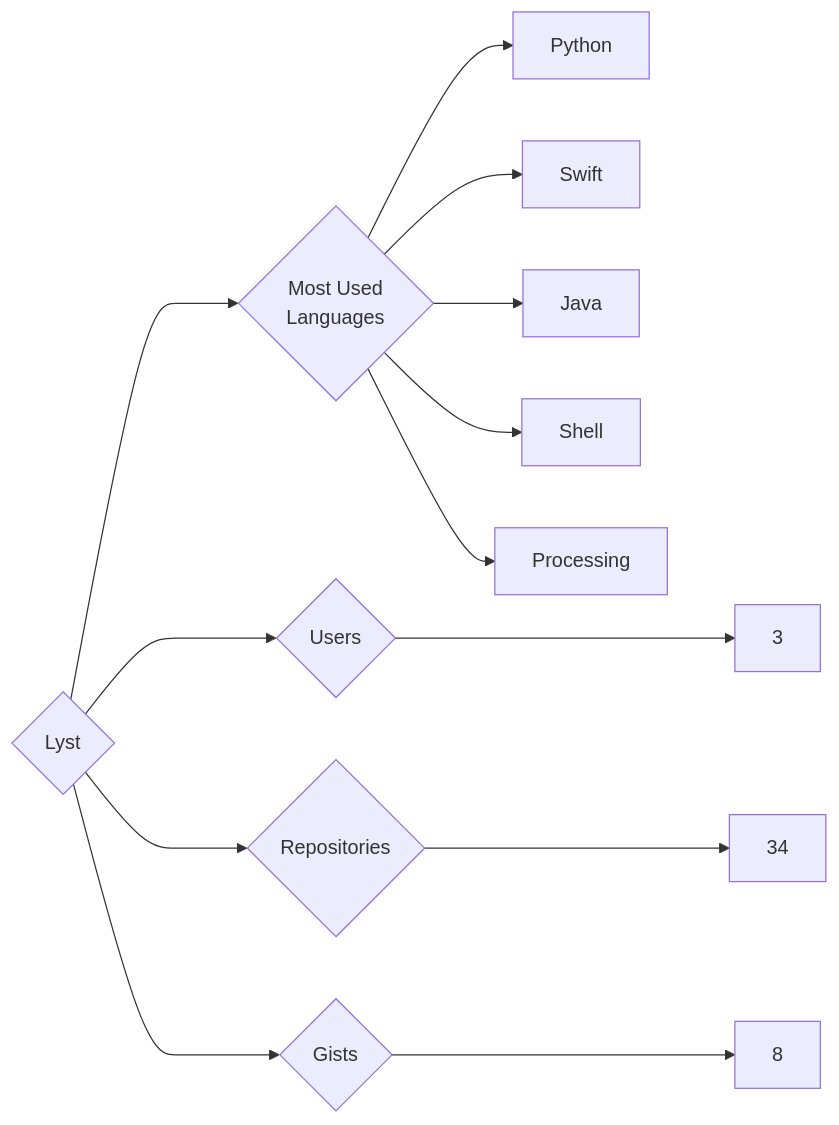
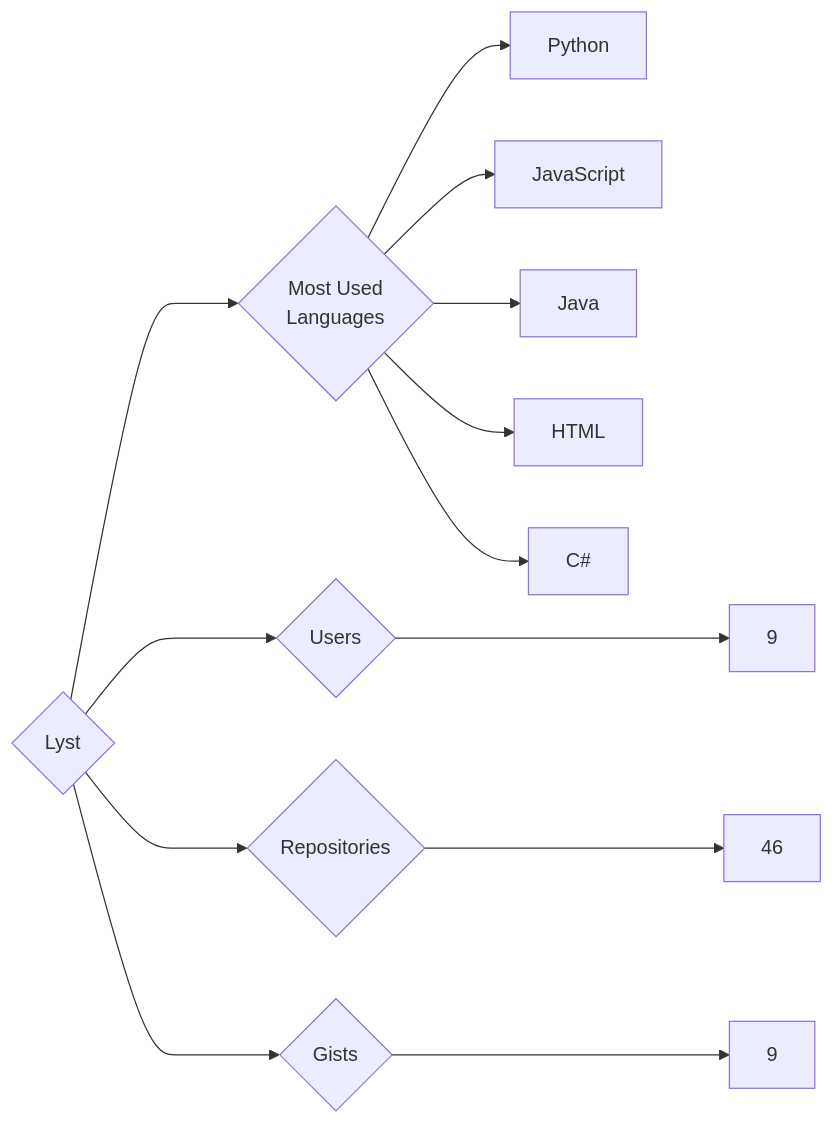
One commit to trickest/insiders changed the diagram in targets/Lyst/README.md. Above: the diagram before and after it, drawn with Mermaid. The commit also changed 891 other files, not shown here.

````diff
--- a/targets/Lyst/README.md
+++ b/targets/Lyst/README.md
@@ -3,13 +3,13 @@
 ```mermaid
 graph LR
 COMPANY_NAME{Lyst}
-COMPANY_NAME ---> U{Users} ---> UN[3]
-COMPANY_NAME ---> R{Repositories} ---> RN[34]
-COMPANY_NAME ---> G{Gists} ---> GN[8]
+COMPANY_NAME ---> U{Users} ---> UN[9]
+COMPANY_NAME ---> R{Repositories} ---> RN[46]
+COMPANY_NAME ---> G{Gists} ---> GN[9]
 COMPANY_NAME ---> ML{Most Used<br>Languages}
 ML --> Python[Python]
-ML --> Swift[Swift]
+ML --> JavaScript[JavaScript]
 ML --> Java[Java]
-ML --> Shell[Shell]
-ML --> Processing[Processing]
+ML --> HTML[HTML]
+ML --> C#[C#]
 ```
````
